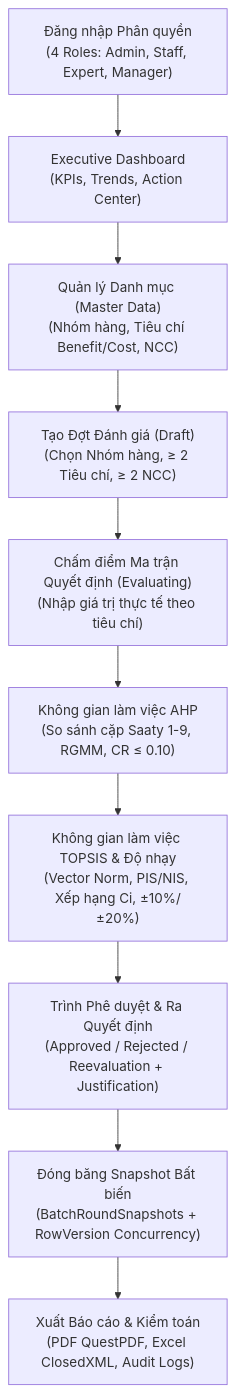
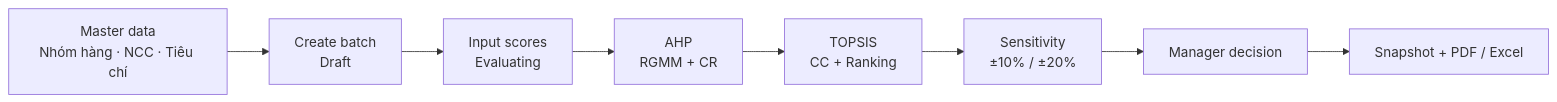
The first of 3 diagrams in README.md (daongochan/Supplier_Selection_Decision_Support_System), drawn with Mermaid before and after one commit. The commit also changed other lines of this file, not shown here.

````diff
--- a/README.md
+++ b/README.md
@@ -30,12 +60,10 @@
-```mermaid
-flowchart TD
-    A["Đăng nhập Phân quyền<br/>(4 Roles: Admin, Staff, Expert, Manager)"] --> B["Executive Dashboard<br/>(KPIs, Trends, Action Center)"]
-    B --> C["Quản lý Danh mục (Master Data)<br/>(Nhóm hàng, Tiêu chí Benefit/Cost, NCC)"]
-    C --> D["Tạo Đợt Đánh giá (Draft)<br/>(Chọn Nhóm hàng, ≥ 2 Tiêu chí, ≥ 2 NCC)"]
-    D --> E["Chấm điểm Ma trận Quyết định (Evaluating)<br/>(Nhập giá trị thực tế theo tiêu chí)"]
-    E --> F["Không gian làm việc AHP<br/>(So sánh cặp Saaty 1-9, RGMM, CR ≤ 0.10)"]
-    F --> G["Không gian làm việc TOPSIS & Độ nhạy<br/>(Vector Norm, PIS/NIS, Xếp hạng Ci, ±10%/±20%)"]
-    G --> H["Trình Phê duyệt & Ra Quyết định<br/>(Approved / Rejected / Reevaluation + Justification)"]
-    H --> I["Đóng băng Snapshot Bất biến<br/>(BatchRoundSnapshots + RowVersion Concurrency)"]
-    I --> J["Xuất Báo cáo & Kiểm toán<br/>(PDF QuestPDF, Excel ClosedXML, Audit Logs)"]
-```
+~~~mermaid
+flowchart LR
+    A["Master data<br/>Nhóm hàng · NCC · Tiêu chí"] --> B["Create batch<br/>Draft"]
+    B --> C["Input scores<br/>Evaluating"]
+    C --> D["AHP<br/>RGMM + CR"]
+    D --> E["TOPSIS<br/>CC + Ranking"]
+    E --> F["Sensitivity<br/>±10% / ±20%"]
+    F --> G["Manager decision"]
+    G --> H["Snapshot + PDF / Excel"]
+~~~
````
